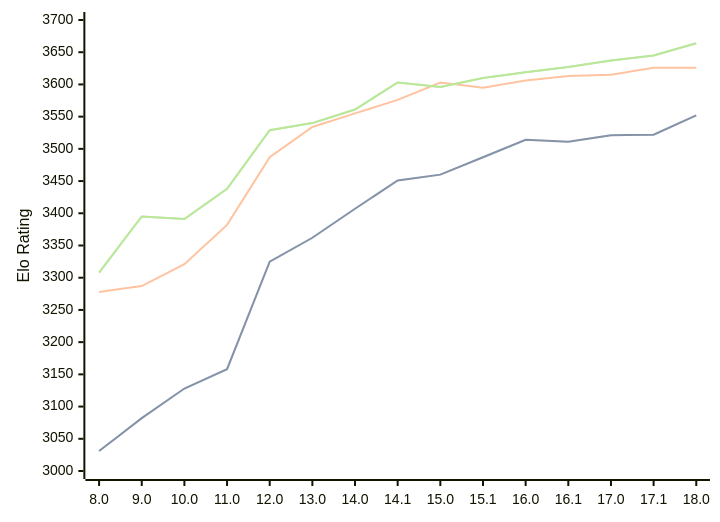
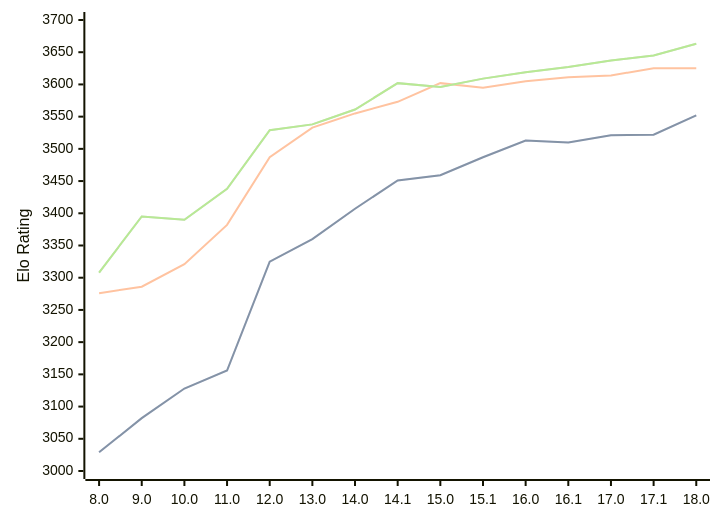
Before and after one commit to computer-chess-index/cci: the diagram in engines/Stockfish.md, drawn with Mermaid. The commit also changed other lines of this file, not shown here.

Commit message:
Update CCI Ratings (ELO VLTC) - 2026-03-09

````diff
--- a/engines/Stockfish.md
+++ b/engines/Stockfish.md
@@ -44,11 +44,11 @@
 ```mermaid
 %%{init: {"theme":"base","themeVariables":{"seriesColors:['#a3a3a3','#222221','#faa371']}}}%%
 xychart-beta
   x-axis ["8.0", "9.0", "10.0", "11.0", "12.0", "13.0", "14.0", "14.1", "15.0", "15.1", "16.0", "16.1", "17.0", "17.1", "18.0"]
   y-axis "Elo Rating" 3000 --> 3700
-  line "STC (8.0+0.08s)" [3031, 3082, 3128, 3158, 3325, 3362, 3407, 3451, 3460, 3487, 3514, 3511, 3521, 3522, 3552]
-  line "STC (8.0+0.08s)" [3031, 3082, 3128, 3158, 3325, 3362, 3407, 3451, 3460, 3487, 3514, 3511, 3521, 3522, 3552]
-  line "LTC (60.0+0.60s)" [3278, 3287, 3321, 3382, 3487, 3534, 3555, 3576, 3603, 3595, 3606, 3613, 3615, 3626, 3626]
-  line "VLTC (2m24s+1.12s)" [3308, 3395, 3391, 3438, 3529, 3540, 3561, 3603, 3596, 3610, 3619, 3627, 3637, 3645, 3664]
-  line "VLTC (2m24s+1.12s)" [3308, 3395, 3391, 3438, 3529, 3540, 3561, 3603, 3596, 3610, 3619, 3627, 3637, 3645, 3664]
+  line "STC (8.0+0.08s)" [3029, 3082, 3128, 3156, 3325, 3360, 3407, 3451, 3459, 3487, 3513, 3510, 3521, 3522, 3552]
+  line "STC (8.0+0.08s)" [3029, 3082, 3128, 3156, 3325, 3360, 3407, 3451, 3459, 3487, 3513, 3510, 3521, 3522, 3552]
+  line "LTC (60.0+0.60s)" [3276, 3286, 3321, 3382, 3487, 3533, 3555, 3573, 3602, 3595, 3605, 3611, 3614, 3625, 3625]
+  line "VLTC (2m24s+1.12s)" [3308, 3395, 3390, 3438, 3529, 3538, 3561, 3602, 3596, 3609, 3619, 3627, 3637, 3645, 3663]
+  line "VLTC (2m24s+1.12s)" [3308, 3395, 3390, 3438, 3529, 3538, 3561, 3602, 3596, 3609, 3619, 3627, 3637, 3645, 3663]
 ```
````
